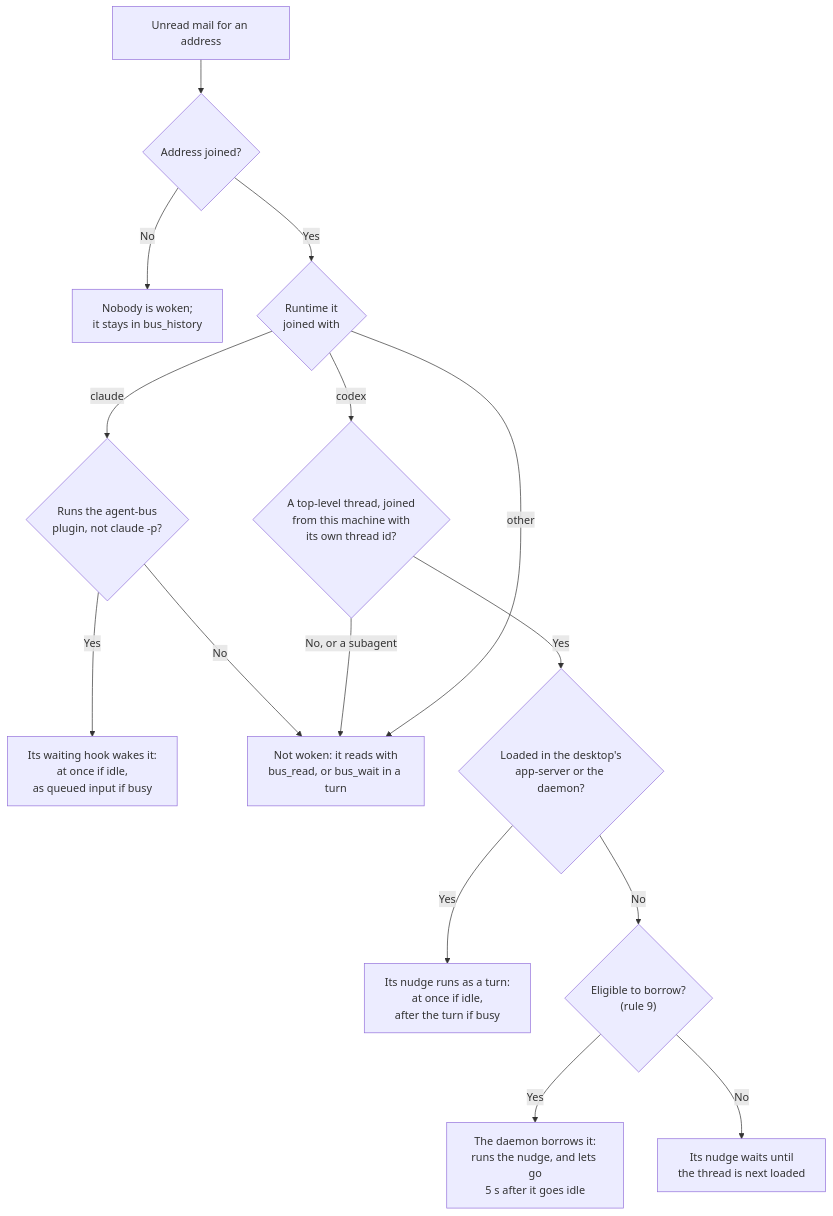
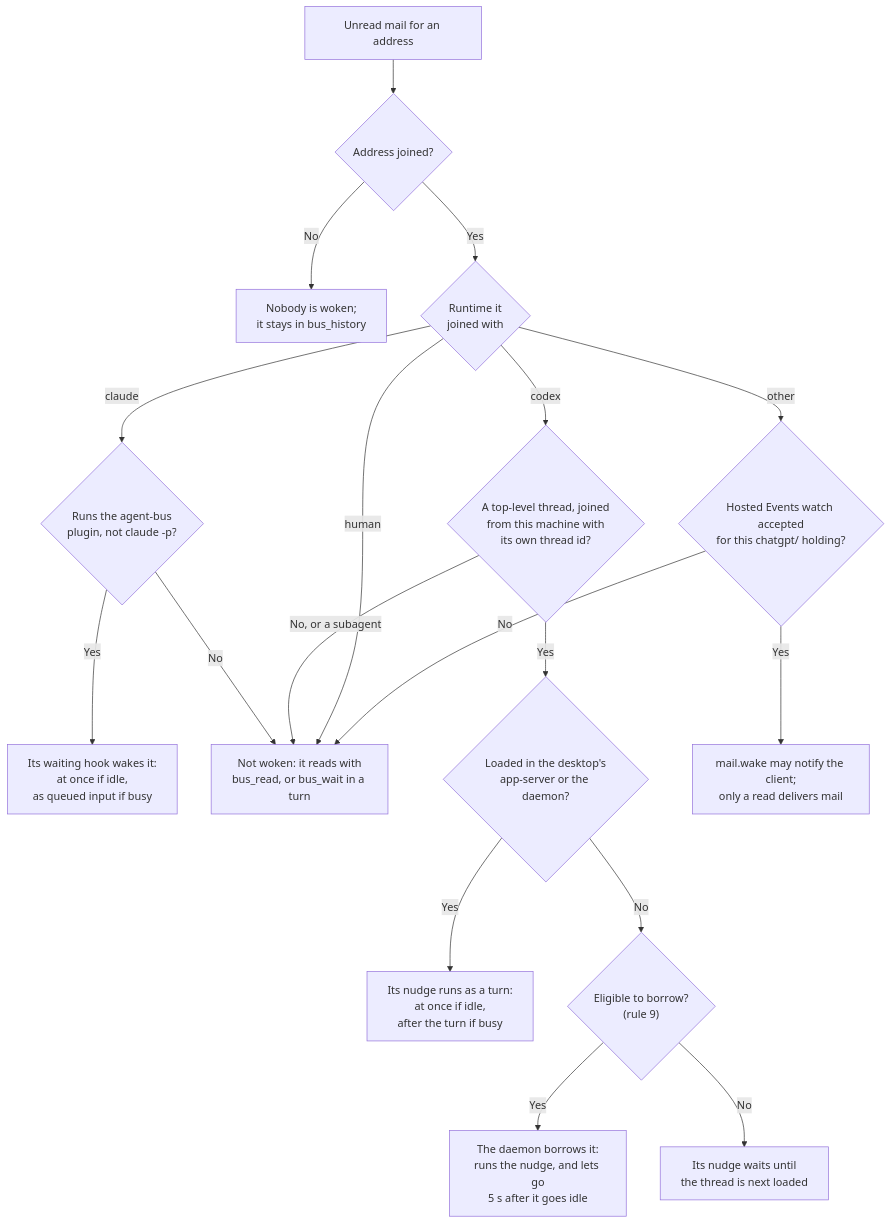
Before and after one commit to rawr-ai/agent-bus: the first of 4 diagrams in docs/architecture/delivery.md, drawn with Mermaid. The commit also changed other lines of this file and 2 other files, not shown here.

Commit message:
docs(bus): distinguish hosted wake and public read contracts

````diff
--- a/docs/architecture/delivery.md
+++ b/docs/architecture/delivery.md
@@ -27,17 +27,20 @@
 ```mermaid
 flowchart TD
   mail["Unread mail for an address"] --> joined{"Address joined?"}
   joined -- "No" --> none["Nobody is woken;<br/>it stays in bus_history"]
   joined -- "Yes" --> runtime{"Runtime it<br/>joined with"}
   runtime -- "claude" --> plugin{"Runs the agent-bus<br/>plugin, not claude -p?"}
   plugin -- "Yes" --> hook["Its waiting hook wakes it:<br/>at once if idle,<br/>as queued input if busy"]
   plugin -- "No" --> poll["Not woken: it reads with<br/>bus_read, or bus_wait in a turn"]
   runtime -- "codex" --> tid{"A top-level thread, joined<br/>from this machine with<br/>its own thread id?"}
   tid -- "No, or a subagent" --> poll
   tid -- "Yes" --> loaded{"Loaded in the desktop's<br/>app-server or the daemon?"}
   loaded -- "Yes" --> runs["Its nudge runs as a turn:<br/>at once if idle,<br/>after the turn if busy"]
   loaded -- "No" --> eligible{"Eligible to borrow?<br/>(rule 9)"}
   eligible -- "Yes" --> borrow["The daemon borrows it:<br/>runs the nudge, and lets go<br/>5 s after it goes idle"]
   eligible -- "No" --> waits["Its nudge waits until<br/>the thread is next loaded"]
-  runtime -- "other" --> poll
+  runtime -- "human" --> poll
+  runtime -- "other" --> watch{"Hosted Events watch accepted<br/>for this chatgpt/ holding?"}
+  watch -- "No" --> poll
+  watch -- "Yes" --> notice["mail.wake may notify the client;<br/>only a read delivers mail"]
 ```
````
